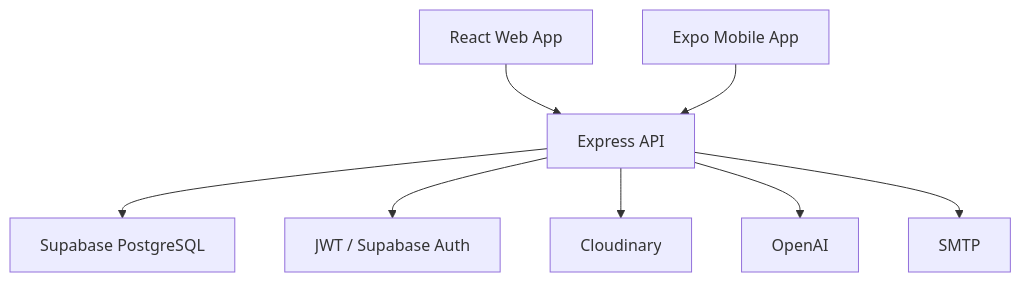
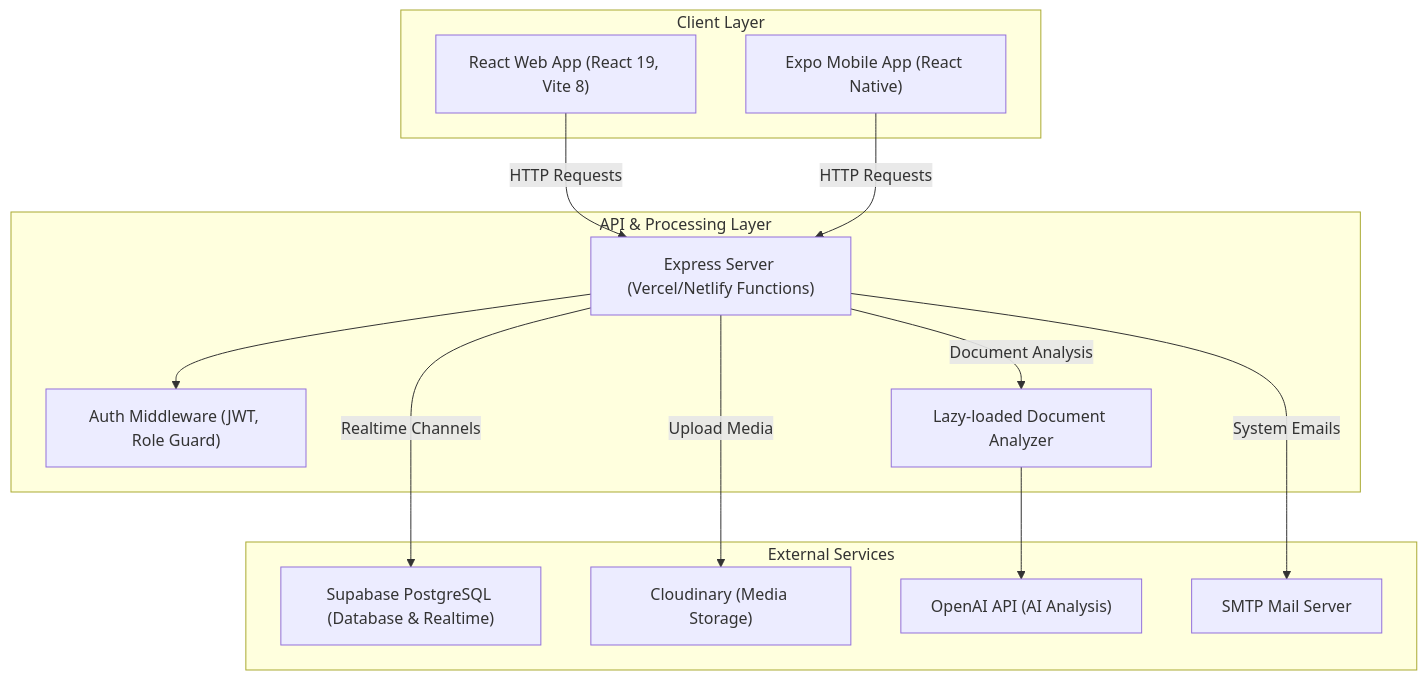
Before and after one commit to rwegww/AURUM: the diagram in README.md, drawn with Mermaid. The commit also changed other lines of this file, not shown here.

````diff
--- a/README.md
+++ b/README.md
@@ -43,10 +32,28 @@
 ```mermaid
-graph TB
-  Web["React Web App"] --> API["Express API"]
-  Mobile["Expo Mobile App"] --> API
-  API --> DB["Supabase PostgreSQL"]
-  API --> Auth["JWT / Supabase Auth"]
-  API --> Media["Cloudinary"]
-  API --> AI["OpenAI"]
-  API --> Mail["SMTP"]
+graph TD
+    subgraph Client_Layer ["Client Layer"]
+        Web["React Web App (React 19, Vite 8)"]
+        Mobile["Expo Mobile App (React Native)"]
+    end
+
+    subgraph API_Layer ["API & Processing Layer"]
+        Express["Express Server (Vercel/Netlify Functions)"]
+        AuthMiddleware["Auth Middleware (JWT, Role Guard)"]
+        LazyAnalyze["Lazy-loaded Document Analyzer"]
+    end
+
+    subgraph External_Services ["External Services"]
+        Supabase["Supabase PostgreSQL (Database & Realtime)"]
+        Cloudinary["Cloudinary (Media Storage)"]
+        OpenAI["OpenAI API (AI Analysis)"]
+        SMTP["SMTP Mail Server"]
+    end
+
+    Web & Mobile -->|HTTP Requests| Express
+    Express --> AuthMiddleware
+    Express -->|Realtime Channels| Supabase
+    Express -->|Document Analysis| LazyAnalyze
+    LazyAnalyze --> OpenAI
+    Express -->|Upload Media| Cloudinary
+    Express -->|System Emails| SMTP
 ```
````
